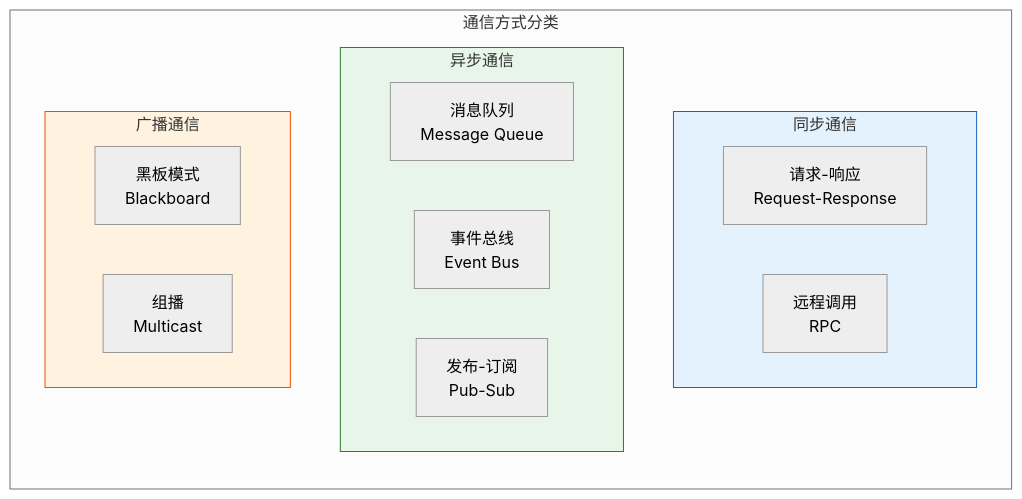
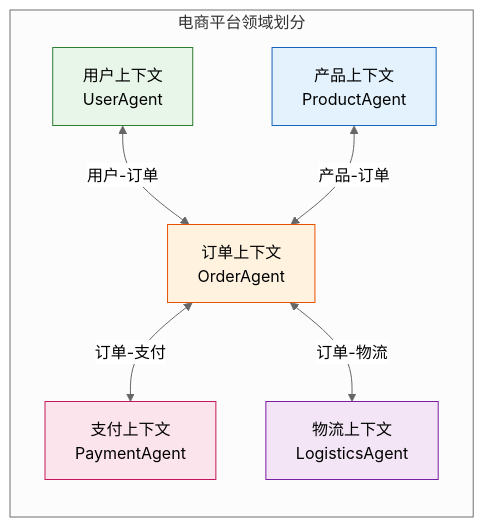
One commit to mansteinr/note-book changed the fifth of 12 diagrams in agent/多Agent系统四大架构基石详解.md. Above: the diagram before and after it, drawn with Mermaid. The commit also changed other lines of this file and 2 other files, not shown here.

````diff
--- a/agent/多Agent系统四大架构基石详解.md
+++ b/agent/多Agent系统四大架构基石详解.md
@@ -1326,27 +429,23 @@
 ```mermaid
 %%{init: {'theme': 'neutral'}}%%
 flowchart TB
-    subgraph 通信方式分类
+    subgraph 电商平台领域划分
         direction TB
-        
-        subgraph 同步通信
-            S1[请求-响应<br/>Request-Response]
-            S2[远程调用<br/>RPC]
-        end
-        
-        subgraph 异步通信
-            A1[消息队列<br/>Message Queue]
-            A2[事件总线<br/>Event Bus]
-            A3[发布-订阅<br/>Pub-Sub]
-        end
-        
-        subgraph 广播通信
-            B1[黑板模式<br/>Blackboard]
-            B2[组播<br/>Multicast]
-        end
+        UC[用户上下文<br/>UserAgent]
+        PC[产品上下文<br/>ProductAgent]
+        OC[订单上下文<br/>OrderAgent]
+        PC2[支付上下文<br/>PaymentAgent]
+        LC[物流上下文<br/>LogisticsAgent]
     end
-    
-    style 同步通信 fill:#e3f2fd,stroke:#1565c0
-    style 异步通信 fill:#e8f5e9,stroke:#2e7d32
-    style 广播通信 fill:#fff3e0,stroke:#e65100
+
+    UC <-->|用户-订单| OC
+    PC <-->|产品-订单| OC
+    OC <-->|订单-支付| PC2
+    OC <-->|订单-物流| LC
+
+    style UC fill:#e8f5e9,stroke:#2e7d32
+    style PC fill:#e3f2fd,stroke:#1565c0
+    style OC fill:#fff3e0,stroke:#e65100
+    style PC2 fill:#fce4ec,stroke:#c2185b
+    style LC fill:#f3e5f5,stroke:#7b1fa2
 ```
````
